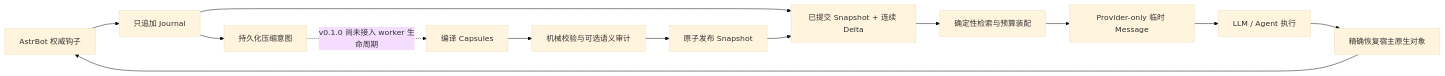
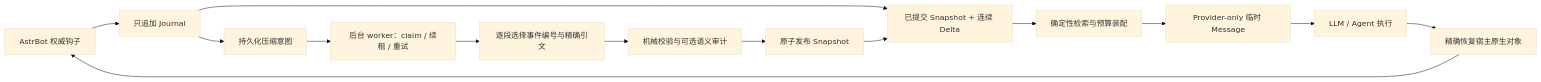
The diagram in README.zh-CN.md (2718labs/astrbot_plugin_astrcontinuum), drawn with Mermaid (base theme) before and after one commit. The commit also changed other lines of this file and 33 other files, not shown here.

````diff
--- a/README.zh-CN.md
+++ b/README.zh-CN.md
@@ -78,16 +78,17 @@
 ```mermaid
 flowchart LR
     H["AstrBot 权威钩子"] --> J["只追加 Journal"]
     J --> V["已提交 Snapshot + 连续 Delta"]
     V --> R["确定性检索与预算装配"]
     R --> P["Provider-only 临时 Message"]
     P --> L["LLM / Agent 执行"]
     L --> X["精确恢复宿主原生对象"]
     X --> H
 
     J --> I["持久化压缩意图"]
-    I -. "v0.1.0 尚未接入 worker 生命周期" .-> C["编译 Capsules"]
+    I --> W["后台 worker：claim / 续租 / 重试"]
+    W --> C["逐段选择事件编号与精确引文"]
     C --> A["机械校验与可选语义审计"]
     A --> S["原子发布 Snapshot"]
     S --> V
 ```
````
